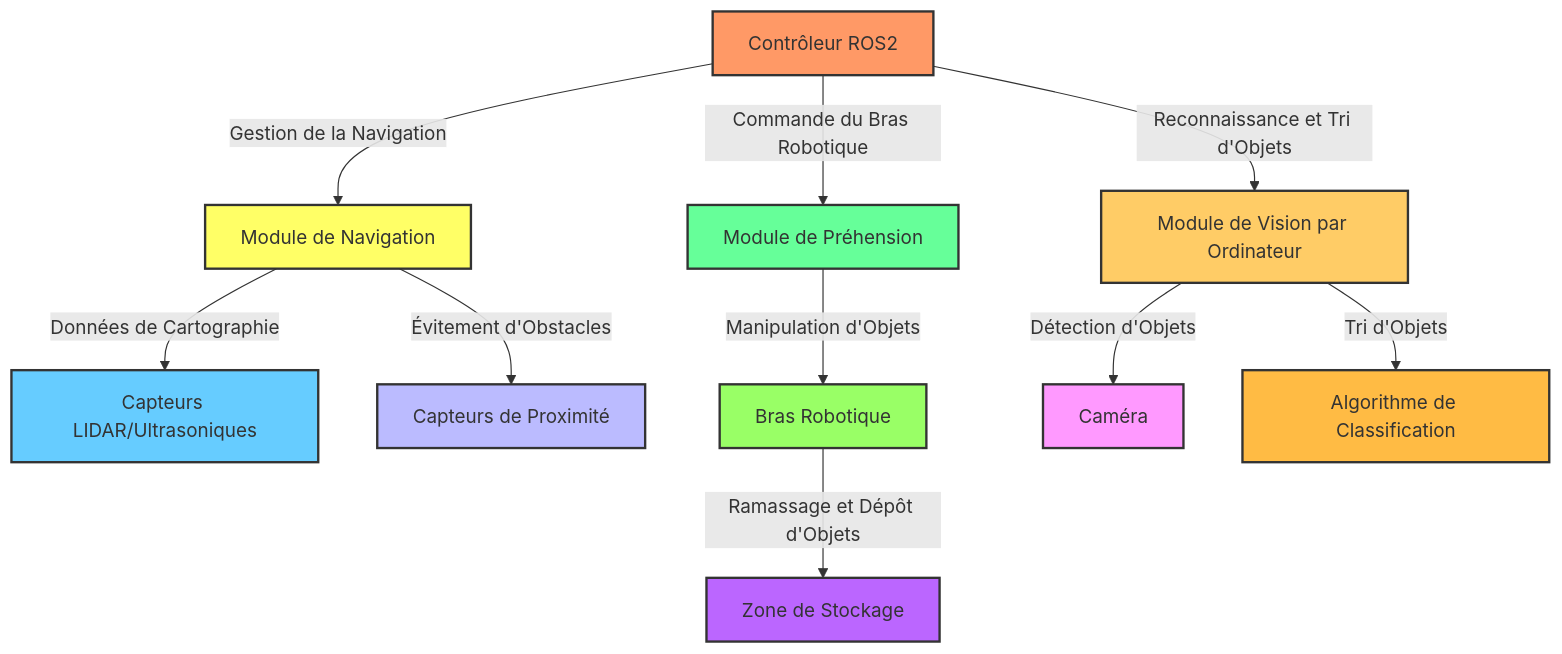
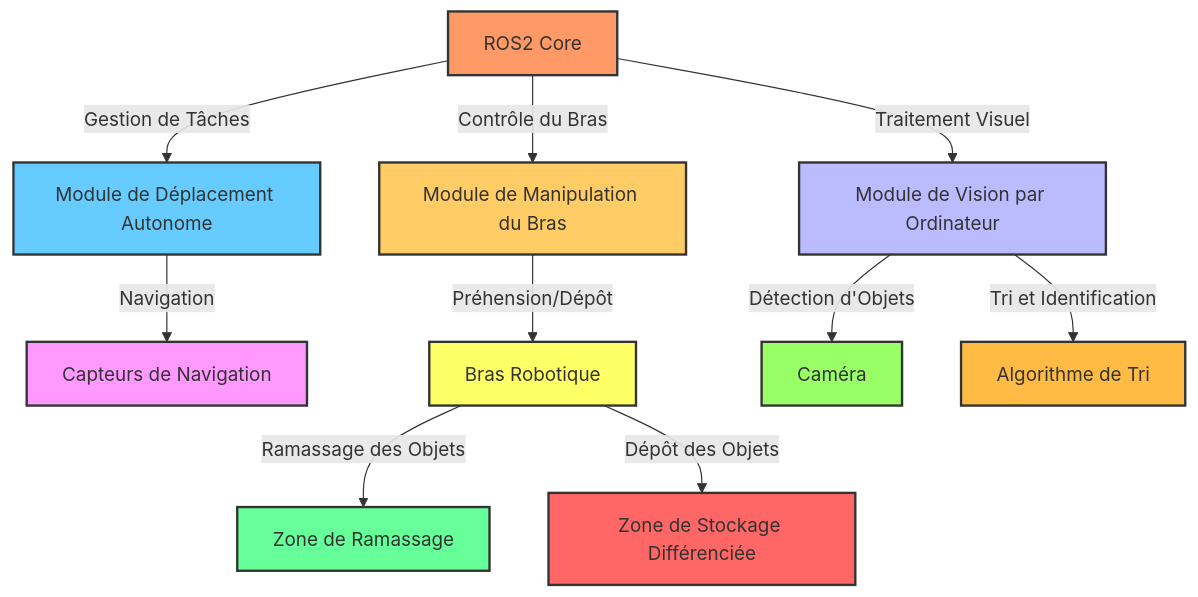
Before and after one commit to B4tiste/CPE: the second of 2 diagrams in S9/Projet/Sujet/Proposition Sujet.md, drawn with Mermaid.

Commit message:
Update graph piorités

````diff
--- a/S9/Projet/Sujet/Proposition Sujet.md
+++ b/S9/Projet/Sujet/Proposition Sujet.md
@@ -73,28 +73,23 @@
 ```mermaid
 graph TD;
-    A[Contrôleur ROS2] -->|Gestion de la Navigation| B[Module de Navigation]
-    A -->|Commande du Bras Robotique| C[Module de Préhension]
-    A -->|Reconnaissance et Tri d'Objets| D[Module de Vision par Ordinateur]
-
-    B -->|Données de Cartographie| E[Capteurs LIDAR/Ultrasoniques]
-    B -->|Évitement d'Obstacles| F[Capteurs de Proximité]
-
-    C -->|Manipulation d'Objets| G[Bras Robotique]
-
-    D -->|Détection d'Objets| H[Caméra]
-    D -->|Tri d'Objets| I[Algorithme de Classification]
-
-    G -->|Ramassage et Dépôt d'Objets| J[Zone de Stockage]
+    A[ROS2 Core] -->|Gestion de Tâches| B[Module de Déplacement Autonome]
+    A -->|Contrôle du Bras| C[Module de Manipulation du Bras]
+    B -->|Navigation| D[Capteurs de Navigation]
+    C -->|Préhension/Dépôt| E[Bras Robotique]
+    A -->|Traitement Visuel| F[Module de Vision par Ordinateur]
+    F -->|Détection d'Objets| G[Caméra]
+    F -->|Tri et Identification| H[Algorithme de Tri]
+    E -->|Ramassage des Objets| I[Zone de Ramassage]
+    E -->|Dépôt des Objets| J[Zone de Stockage Différenciée]
 
     style A fill:#f96,stroke:#333,stroke-width:2px
-    style B fill:#ff6,stroke:#333,stroke-width:2px
-    style C fill:#6f9,stroke:#333,stroke-width:2px
-    style D fill:#fc6,stroke:#333,stroke-width:2px
-    style E fill:#6cf,stroke:#333,stroke-width:2px
+    style B fill:#6cf,stroke:#333,stroke-width:2px
+    style C fill:#fc6,stroke:#333,stroke-width:2px
+    style D fill:#f9f,stroke:#333,stroke-width:2px
+    style E fill:#ff6,stroke:#333,stroke-width:2px
     style F fill:#bbf,stroke:#333,stroke-width:2px
     style G fill:#9f6,stroke:#333,stroke-width:2px
-    style H fill:#f9f,stroke:#333,stroke-width:2px
-    style I fill:#fb4,stroke:#333,stroke-width:2px
-    style J fill:#b6f,stroke:#333,stroke-width:2px
-
+    style H fill:#fb4,stroke:#333,stroke-width:2px
+    style I fill:#6f9,stroke:#333,stroke-width:2px
+    style J fill:#f66,stroke:#333,stroke-width:2px
 ```
````
